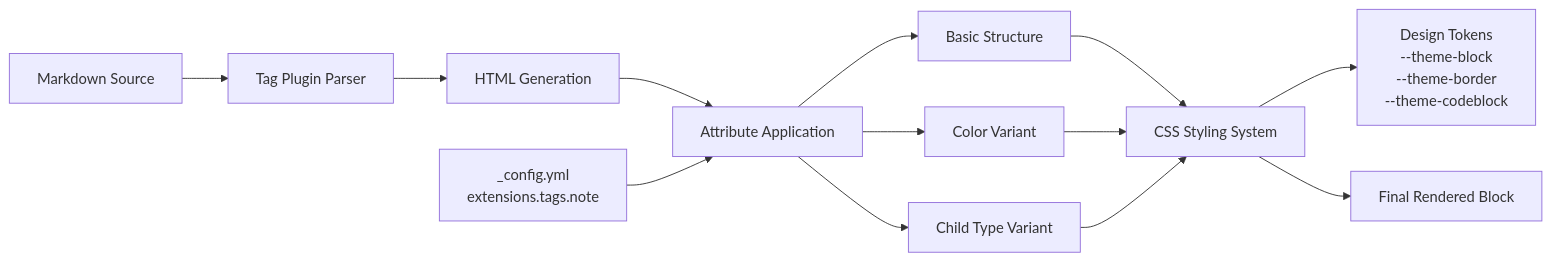
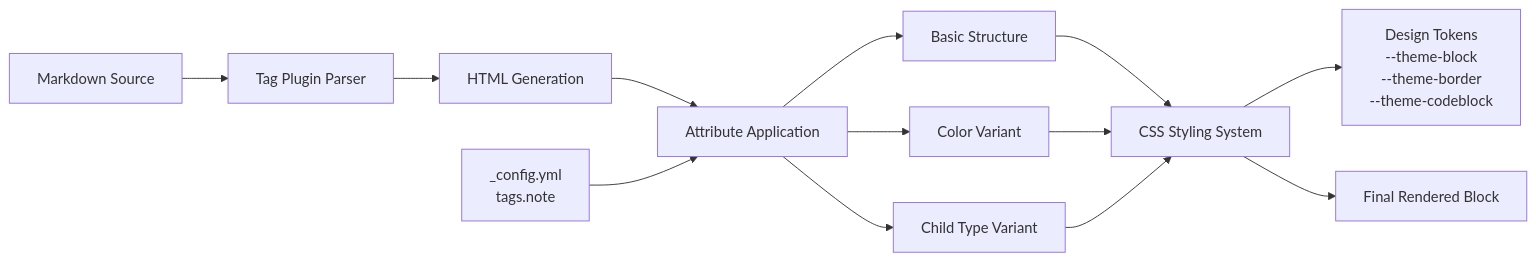
Before and after one commit to xaoxuu/hexo-theme-stellar: the second of 6 diagrams in docs/knowledge/04-标签插件/note-container-tags.md, drawn with Mermaid. The commit also changed other lines of this file and 42 other files, not shown here.

````diff
--- a/docs/knowledge/04-标签插件/note-container-tags.md
+++ b/docs/knowledge/04-标签插件/note-container-tags.md
@@ -79,19 +79,19 @@
 ```mermaid
 flowchart LR
     MD["Markdown Source"] --> TAG["Tag Plugin Parser"]
     TAG --> HTML["HTML Generation"]
     HTML --> ATTR["Attribute Application"]
     
-    CONFIG["_config.yml<br/>extensions.tags.note"] --> ATTR
+    CONFIG["_config.yml<br/>tags.note"] --> ATTR
     
     ATTR --> BASIC["Basic Structure"]
     ATTR --> COLOR["Color Variant"]
     ATTR --> CHILD["Child Type Variant"]
     
     BASIC --> CSS["CSS Styling System"]
     COLOR --> CSS
     CHILD --> CSS
     
     CSS --> TOKENS["Design Tokens<br/>--theme-block<br/>--theme-border<br/>--theme-codeblock"]
     CSS --> RENDER["Final Rendered Block"]
 ```
````
